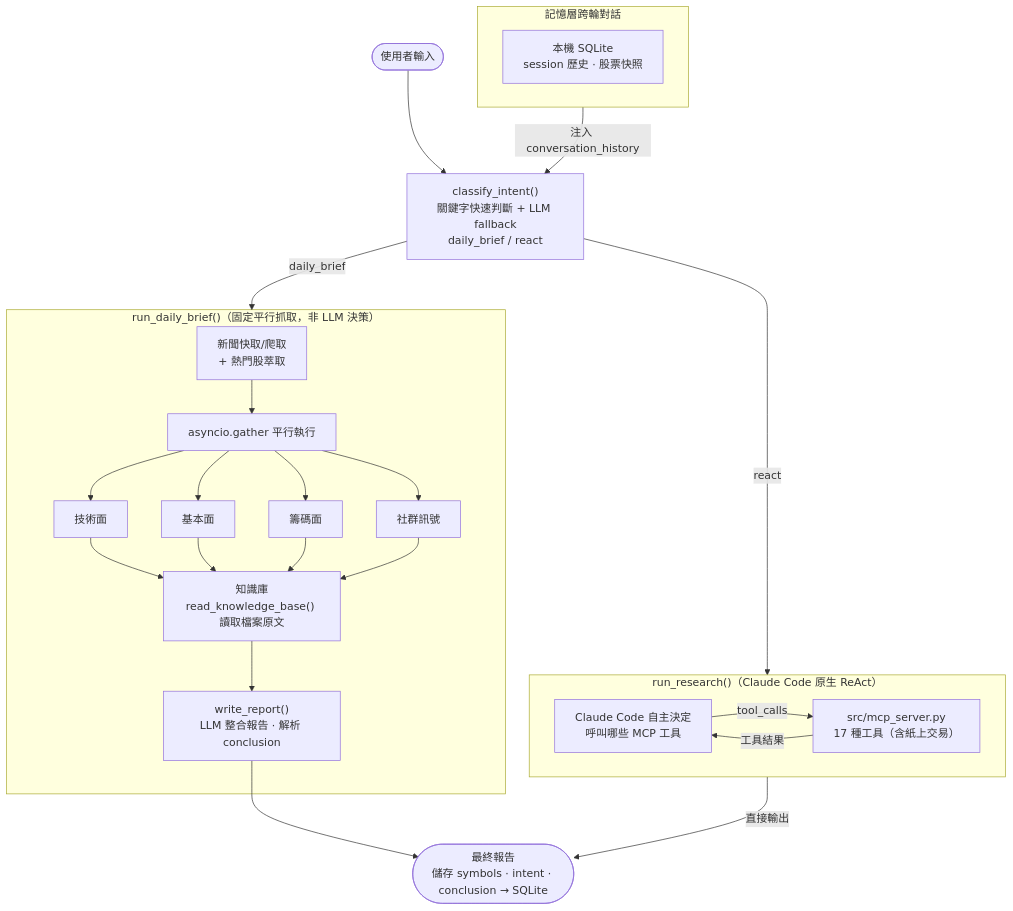
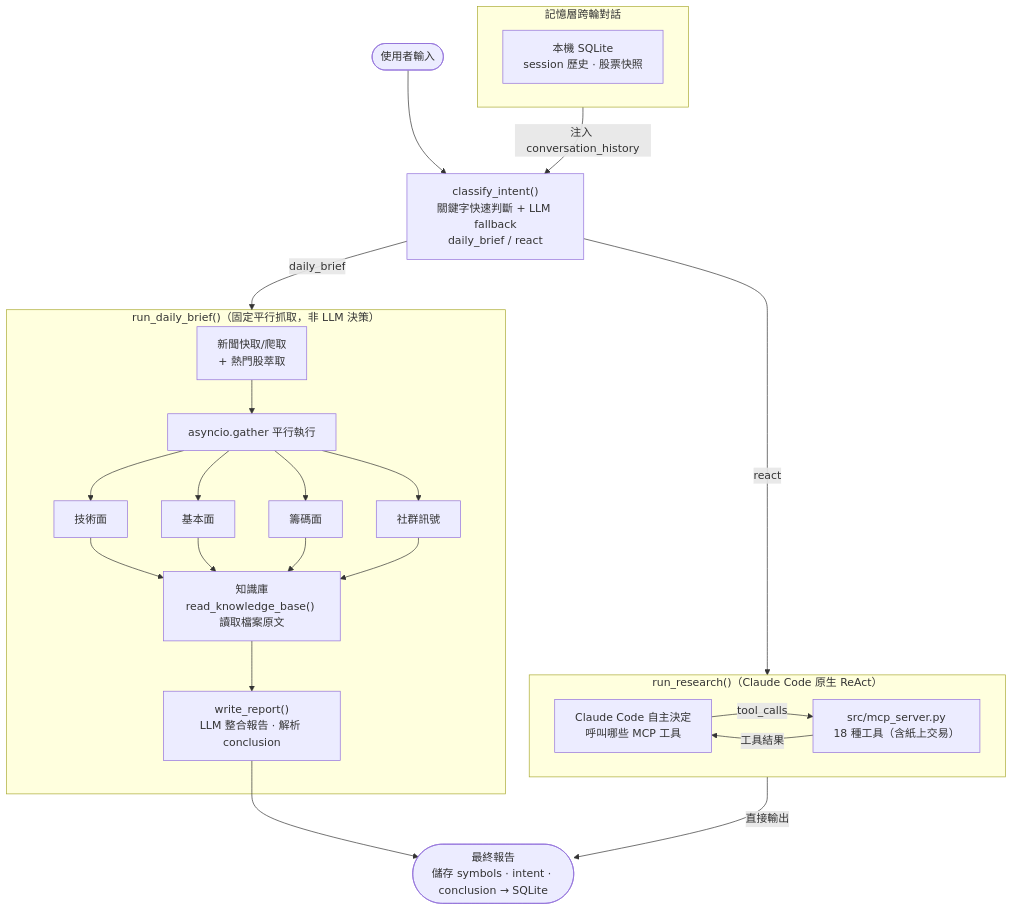
Before and after one commit to carterwu1120/market-agent: the diagram in README.md, drawn with Mermaid. The commit also changed other lines of this file and 8 other files, not shown here.

````diff
--- a/README.md
+++ b/README.md
@@ -32,30 +32,30 @@
 ```mermaid
 flowchart TD
     subgraph MEM["記憶層跨輪對話"]
         SQLITE["本機 SQLite\nsession 歷史 · 股票快照"]
     end
 
     USER([使用者輸入]) --> CLS
 
     MEM -->|注入 conversation_history| CLS
 
     CLS["classify_intent()\n關鍵字快速判斷 + LLM fallback\ndaily_brief / react"]
 
     CLS -->|react| RA
     CLS -->|daily_brief| DB
 
     subgraph RA["run_research()（Claude Code 原生 ReAct）"]
-        LLM_R["Claude Code 自主決定\n呼叫哪些 MCP 工具"] -->|tool_calls| MCP["src/mcp_server.py\n17 種工具（含紙上交易）"]
+        LLM_R["Claude Code 自主決定\n呼叫哪些 MCP 工具"] -->|tool_calls| MCP["src/mcp_server.py\n18 種工具（含紙上交易）"]
         MCP -->|工具結果| LLM_R
     end
 
     subgraph DB["run_daily_brief()（固定平行抓取，非 LLM 決策）"]
         NEWS["新聞快取/爬取\n+ 熱門股萃取"] --> FANOUT
         FANOUT["asyncio.gather 平行執行"] --> TA["技術面"] & FA["基本面"] & CA["籌碼面"] & SA["社群訊號"]
         TA & FA & CA & SA --> KB["知識庫\nread_knowledge_base() 讀取檔案原文"]
         KB --> SYN["write_report()\nLLM 整合報告 · 解析 conclusion"]
     end
 
     RA -->|直接輸出| END([最終報告\n儲存 symbols · intent · conclusion → SQLite])
     SYN --> END
 ```
````
